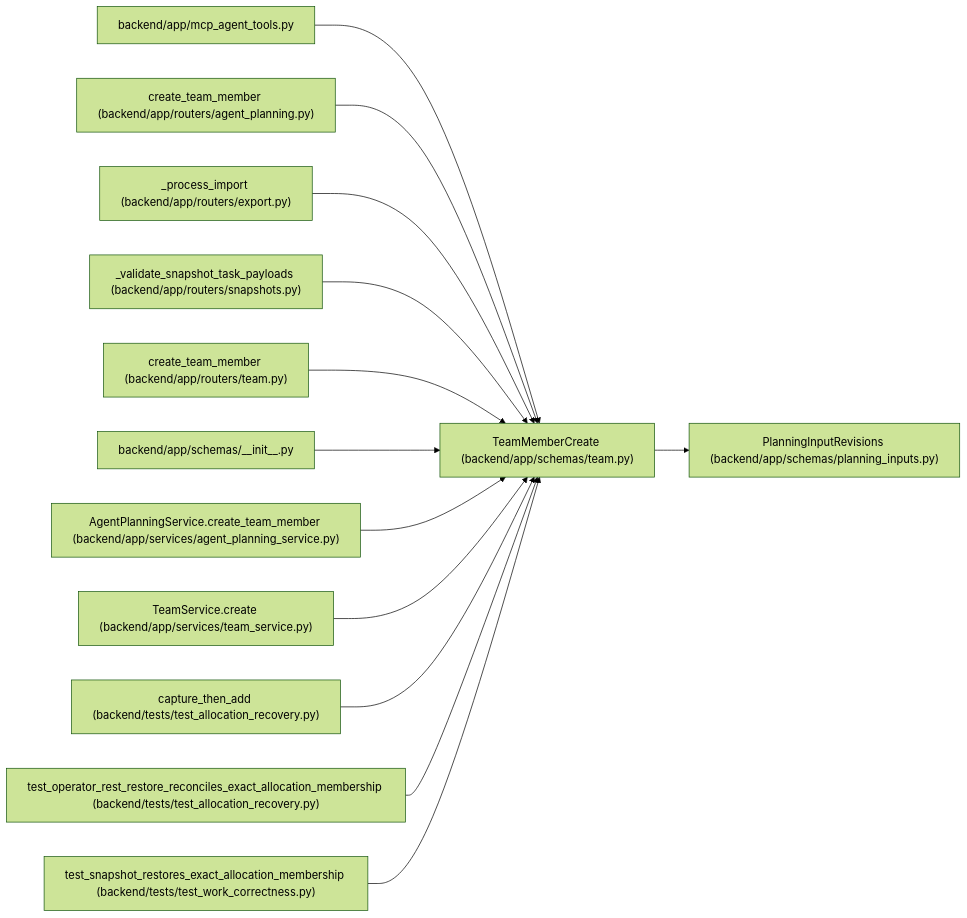
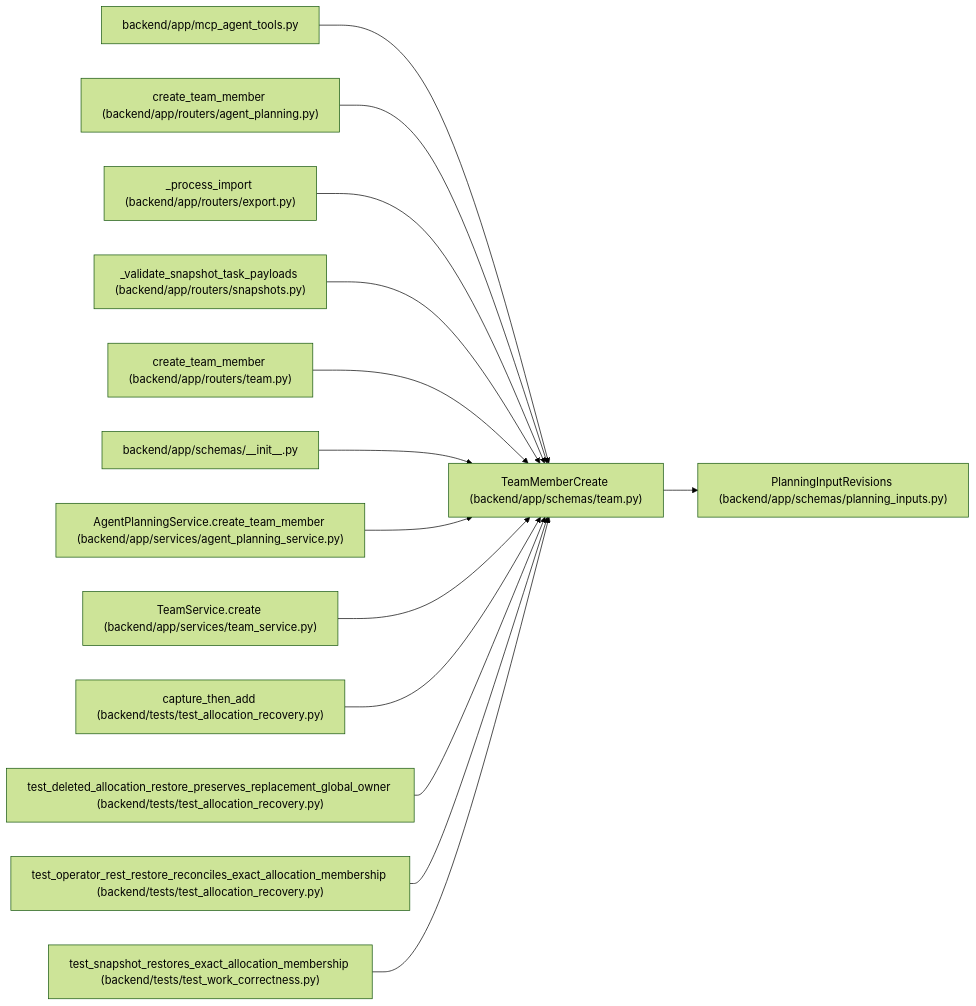
One commit to Denissvgn/WorkChord changed the diagram in docs/llm_wiki/entities/schemas_team_TeamMemberCreate.md. Above: the diagram before and after it, drawn with Mermaid (forest theme). The commit also changed other lines of this file and 658 other files, not shown here.

````diff
--- a/docs/llm_wiki/entities/schemas_team_TeamMemberCreate.md
+++ b/docs/llm_wiki/entities/schemas_team_TeamMemberCreate.md
@@ -31,41 +31,44 @@
 ```mermaid
 flowchart LR
     n0["TeamMemberCreate (backend/app/schemas/team.py)"]
     n1["PlanningInputRevisions (backend/app/schemas/planning_inputs.py)"]
     n2["backend/app/mcp_agent_tools.py"]
     n3["create_team_member (backend/app/routers/agent_planning.py)"]
     n4["_process_import (backend/app/routers/export.py)"]
     n5["_validate_snapshot_task_payloads (backend/app/routers/snapshots.py)"]
     n6["create_team_member (backend/app/routers/team.py)"]
     n7["backend/app/schemas/__init__.py"]
     n8["AgentPlanningService.create_team_member (backend/app/services/agent_planning_service.py)"]
     n9["TeamService.create (backend/app/services/team_service.py)"]
     n10["capture_then_add (backend/tests/test_allocation_recovery.py)"]
-    n11["test_operator_rest_restore_reconciles_exact_allocation_membership (backend/tests/test_allocation_recovery.py)"]
-    n12["test_snapshot_restores_exact_allocation_membership (backend/tests/test_work_correctness.py)"]
+    n11["test_deleted_allocation_restore_preserves_replacement_global_owner (backend/tests/test_allocation_recovery.py)"]
+    n12["test_operator_rest_restore_reconciles_exact_allocation_membership (backend/tests/test_allocation_recovery.py)"]
+    n13["test_snapshot_restores_exact_allocation_membership (backend/tests/test_work_correctness.py)"]
     n0 --> n1
     n2 --> n0
     n3 --> n0
     n4 --> n0
     n5 --> n0
     n6 --> n0
     n7 --> n0
     n8 --> n0
     n9 --> n0
     n10 --> n0
     n11 --> n0
     n12 --> n0
+    n13 --> n0
     click n0 "../modules/schemas_team.md"
     click n1 "../modules/planning_inputs.md"
     click n2 "../modules/mcp_agent_tools.md"
     click n3 "../modules/routers_agent_planning.md"
     click n4 "../modules/export.md"
     click n5 "../modules/snapshots.md"
     click n6 "../modules/routers_team.md"
     click n7 "../modules/schemas___init__.md"
     click n8 "../modules/agent_planning_service.md"
     click n9 "../modules/team_service.md"
     click n10 "../modules/test_allocation_recovery.md"
     click n11 "../modules/test_allocation_recovery.md"
-    click n12 "../modules/test_work_correctness.md"
+    click n12 "../modules/test_allocation_recovery.md"
+    click n13 "../modules/test_work_correctness.md"
 ```
````
